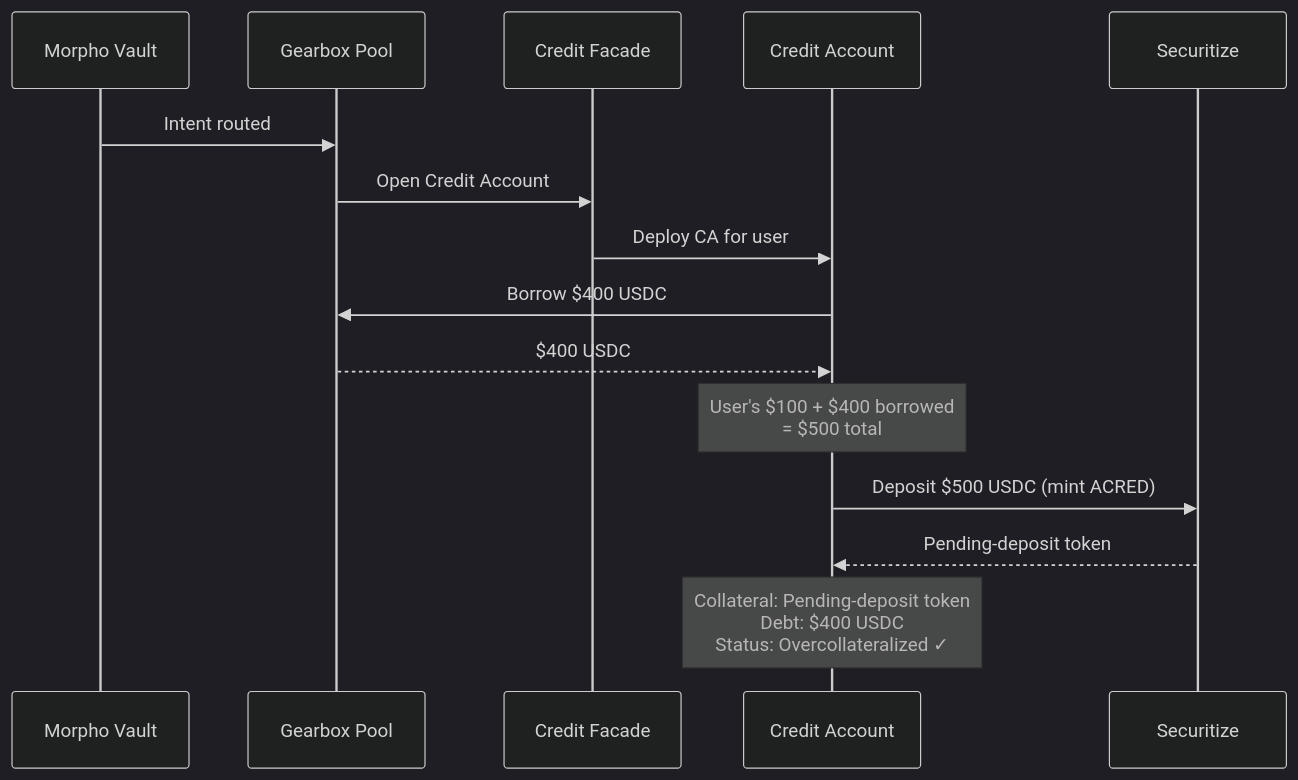
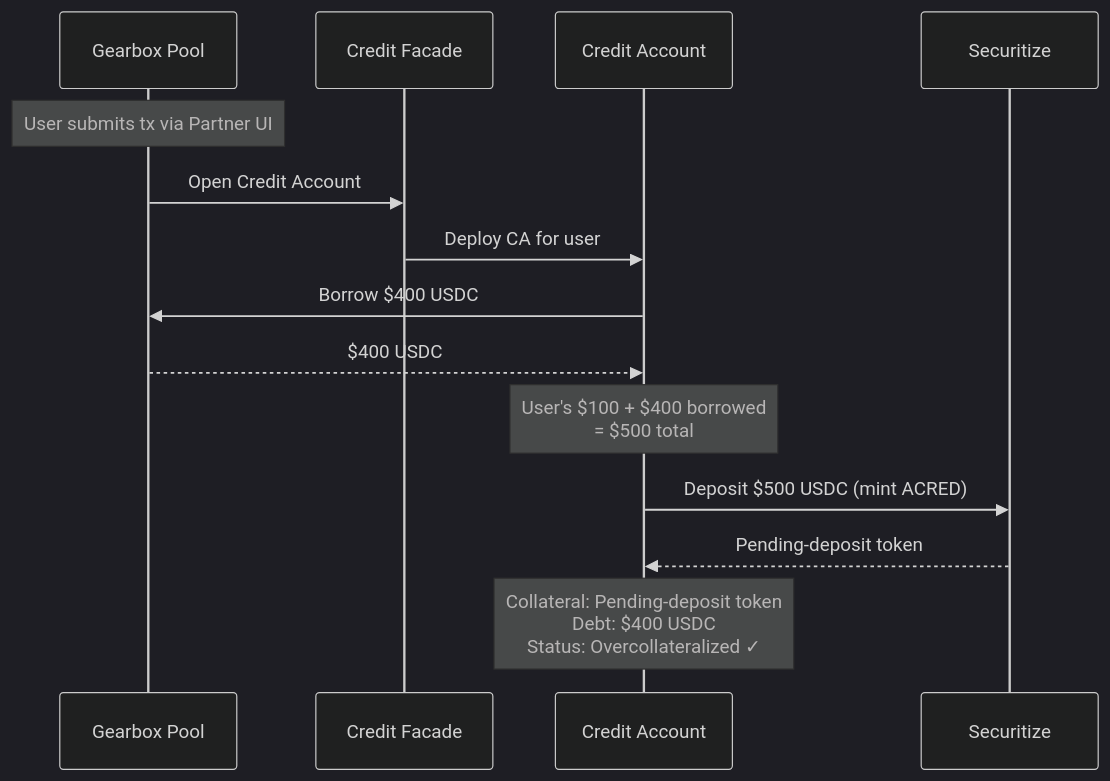
The fourth of 11 diagrams in reference/prime-brokerage-for-rwa-leverage.md (Gearbox-protocol/docs-knowledge), drawn with Mermaid (dark theme) before and after one commit. The commit also changed other lines of this file, not shown here.

````diff
--- a/reference/prime-brokerage-for-rwa-leverage.md
+++ b/reference/prime-brokerage-for-rwa-leverage.md
@@ -124,18 +166,17 @@
 ```mermaid
 sequenceDiagram
-    participant V as Morpho Vault
-    participant P as Gearbox Pool
+    participant GP as Gearbox Pool
     participant CF as Credit Facade
     participant CA as Credit Account
     participant S as Securitize
     
-    V->>P: Intent routed
-    P->>CF: Open Credit Account
+    Note over GP: User submits tx via Partner UI
+    GP->>CF: Open Credit Account
     CF->>CA: Deploy CA for user
-    CA->>P: Borrow $400 USDC
-    P-->>CA: $400 USDC
+    CA->>GP: Borrow $400 USDC
+    GP-->>CA: $400 USDC
     Note over CA: User's $100 + $400 borrowed<br/>= $500 total
     CA->>S: Deposit $500 USDC (mint ACRED)
     S-->>CA: Pending-deposit token
     Note over CA: Collateral: Pending-deposit token<br/>Debt: $400 USDC<br/>Status: Overcollateralized ✓
 ```
````
